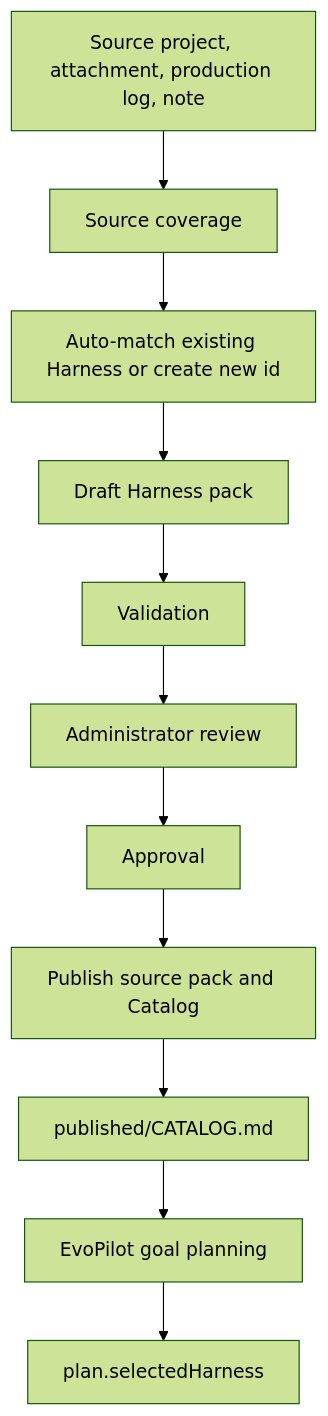
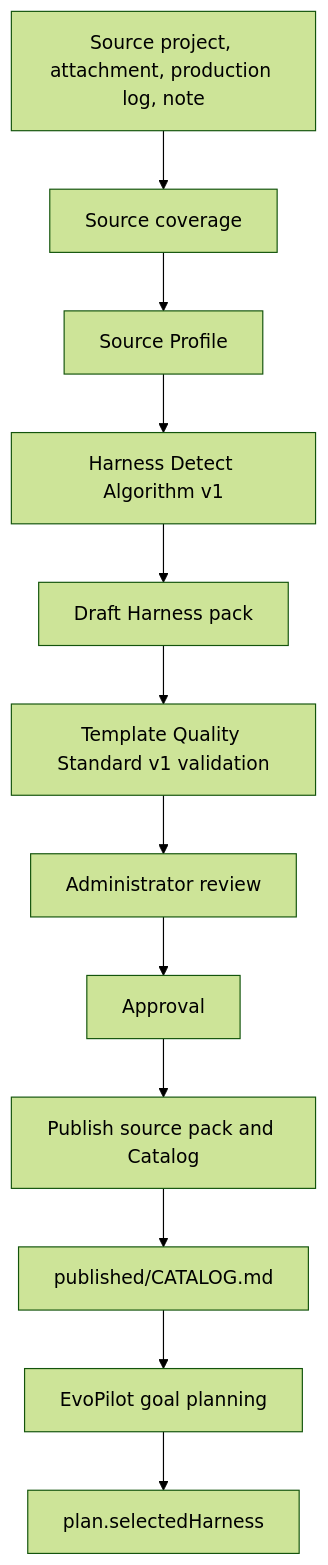
Before and after one commit to yeliang-wang/evopilot-harness: the diagram in docs/architecture/overview.md, drawn with Mermaid (forest theme). The commit also changed other lines of this file and 66 other files, not shown here.

Commit message:
Release evopilot-harness v1.3.0 detect algorithm

````diff
--- a/docs/architecture/overview.md
+++ b/docs/architecture/overview.md
@@ -19,13 +19,14 @@
 ```mermaid
 flowchart TD
   A["Source project, attachment, production log, note"] --> B["Source coverage"]
-  B --> C["Auto-match existing Harness or create new id"]
+  B --> P["Source Profile"]
+  P --> C["Harness Detect Algorithm v1"]
   C --> D["Draft Harness pack"]
-  D --> E["Validation"]
+  D --> E["Template Quality Standard v1 validation"]
   E --> F["Administrator review"]
   F --> G["Approval"]
   G --> H["Publish source pack and Catalog"]
   H --> I["published/CATALOG.md"]
   I --> J["EvoPilot goal planning"]
   J --> K["plan.selectedHarness"]
 ```
````
